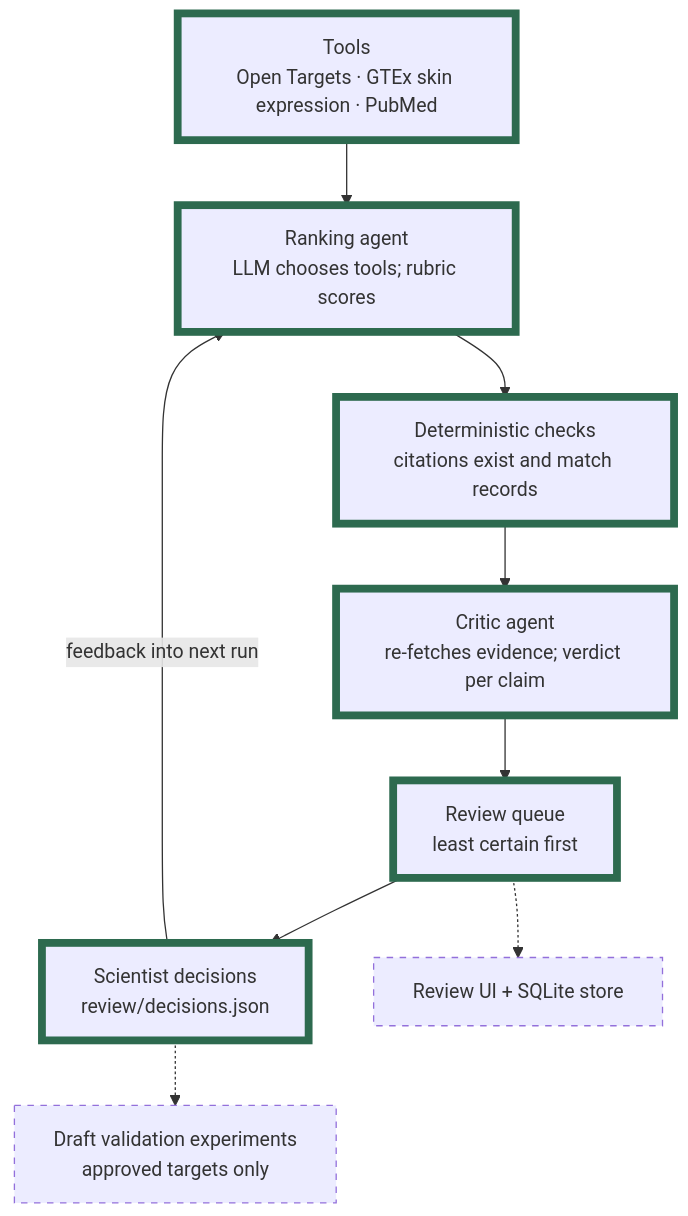
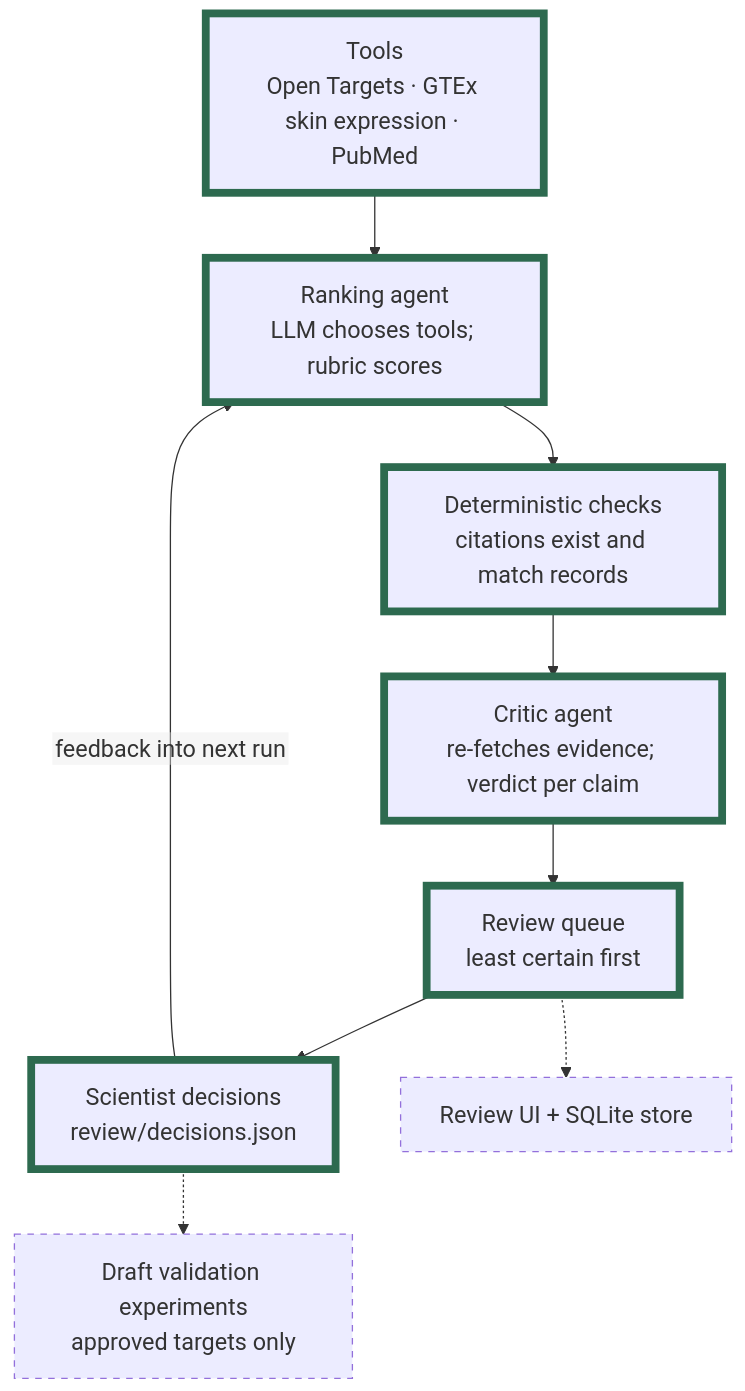
One commit to yukapooka/target-evidence-agent changed the diagram in README.md. Above: the diagram before and after it, drawn with Mermaid.

````diff
--- a/README.md
+++ b/README.md
@@ -18,17 +18,17 @@
 ```mermaid
-%%{init: {"themeVariables": {"fontSize": "15px"}}}%%
+%%{init: {"themeVariables": {"fontSize": "18px"}, "flowchart": {"htmlLabels": false}}}%%
 flowchart TD
     T["Tools<br/>Open Targets · GTEx skin expression · PubMed"] --> R["Ranking agent<br/>LLM chooses tools; rubric scores"]
     R --> D["Deterministic checks<br/>citations exist and match records"]
     D --> C["Critic agent<br/>re-fetches evidence; verdict per claim"]
     C --> Q["Review queue<br/>least certain first"]
     Q --> H["Scientist decisions<br/>review/decisions.json"]
     H -->|feedback into next run| R
     H -.-> E["Draft validation experiments<br/>approved targets only"]
     Q -.-> U["Review UI + SQLite store"]
 
     classDef built stroke:#2d6a4f,stroke-width:6px;
     classDef planned stroke-dasharray: 5 5;
     class T,R,D,C,Q,H built;
     class E,U planned;
 ```
````
